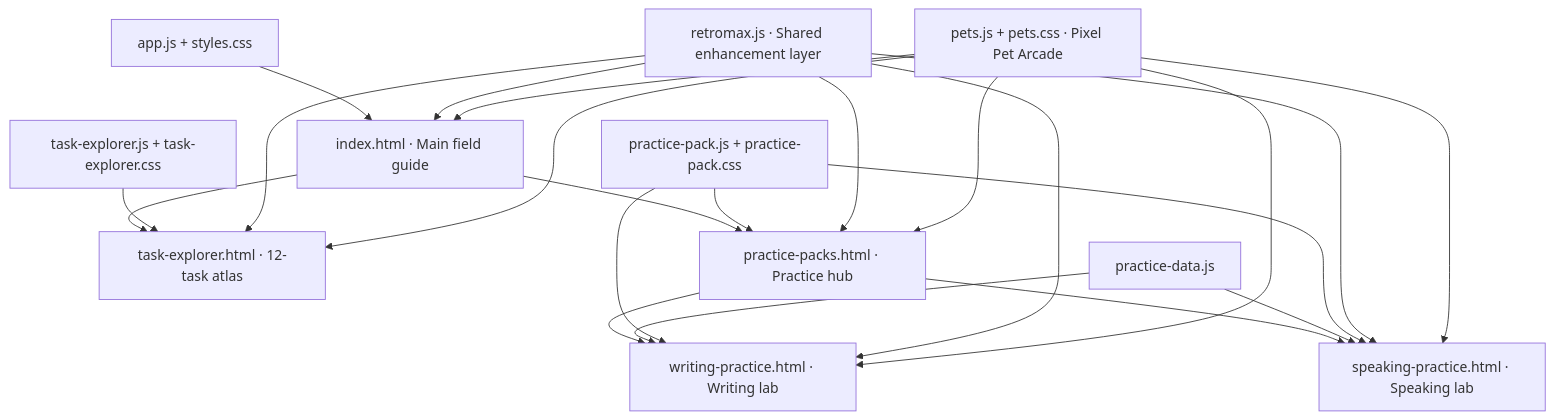
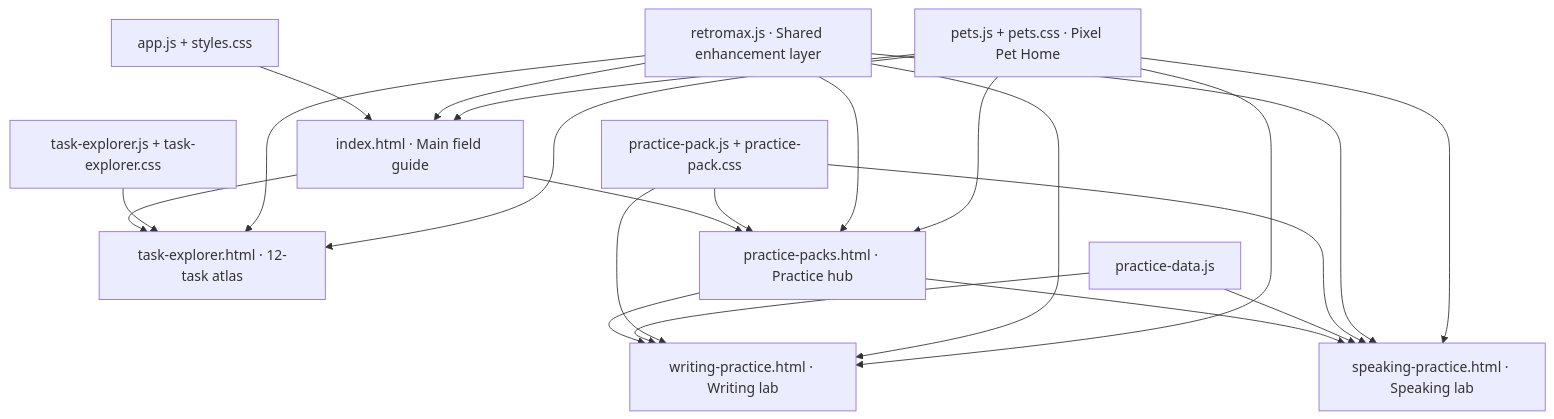
The diagram in README.md (Kami80/TOEFL-2026), drawn with Mermaid before and after one commit. The commit also changed other lines of this file and 7 other files, not shown here.

````diff
--- a/README.md
+++ b/README.md
@@ -169,25 +170,25 @@
 ```mermaid
 flowchart TD
     I["index.html · Main field guide"] --> T["task-explorer.html · 12-task atlas"]
     I --> P["practice-packs.html · Practice hub"]
     P --> W["writing-practice.html · Writing lab"]
     P --> S["speaking-practice.html · Speaking lab"]
 
     A["app.js + styles.css"] --> I
     X["task-explorer.js + task-explorer.css"] --> T
     D["practice-data.js"] --> W
     D --> S
     C["practice-pack.js + practice-pack.css"] --> P
     C --> W
     C --> S
     R["retromax.js · Shared enhancement layer"] --> I
     R --> T
     R --> P
     R --> W
     R --> S
-    G["pets.js + pets.css · Pixel Pet Arcade"] --> I
+    G["pets.js + pets.css · Pixel Pet Home"] --> I
     G --> T
     G --> P
     G --> W
     G --> S
 ```
````
